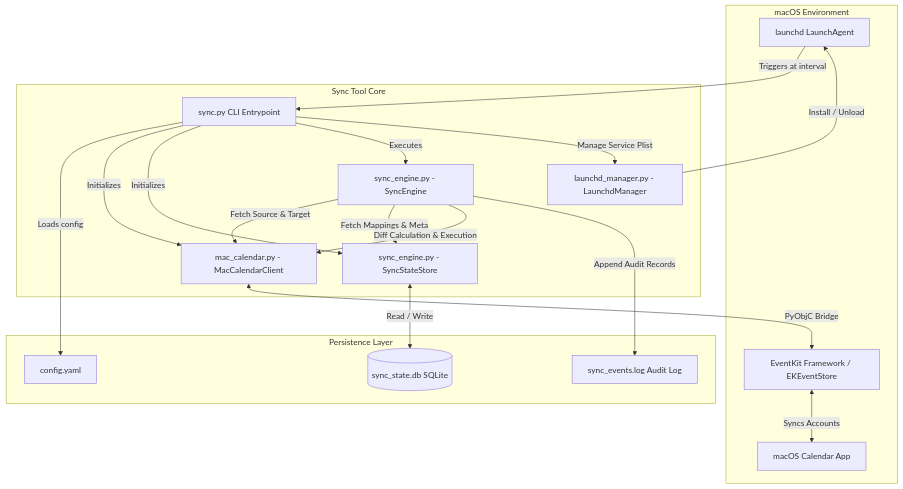
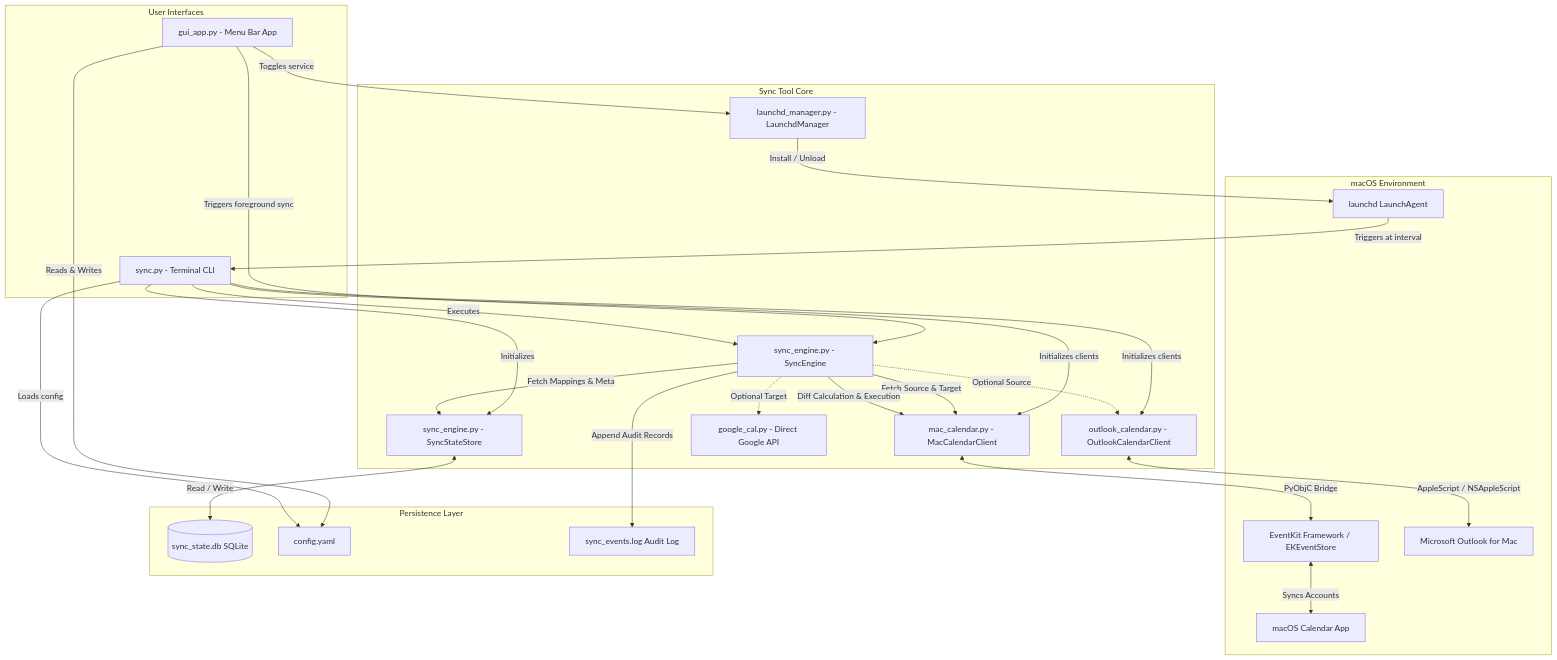
One commit to Way-Neh/CopyMyCalendar changed the diagram in ARCHITECTURE.md. Above: the diagram before and after it, drawn with Mermaid. The commit also changed other lines of this file and 25 other files, not shown here.

Commit message:
feat: release v2.0.0 with native macOS menu bar app, app icon, build pipeline, and Diátaxis documentation

````diff
--- a/ARCHITECTURE.md
+++ b/ARCHITECTURE.md
@@ -9,39 +9,52 @@
 ```mermaid
 graph TD
     subgraph macOS Environment
         EK[EventKit Framework / EKEventStore]
         CalApp[macOS Calendar App]
+        OutlookApp[Microsoft Outlook for Mac]
         LaunchD[launchd LaunchAgent]
     end
 
+    subgraph User Interfaces
+        GUI[gui_app.py - Menu Bar App]
+        CLI[sync.py - Terminal CLI]
+    end
+
     subgraph Sync Tool Core
-        CLI[sync.py CLI Entrypoint]
         MKC[mac_calendar.py - MacCalendarClient]
+        OLC[outlook_calendar.py - OutlookCalendarClient]
+        GC[google_cal.py - Direct Google API]
         SE[sync_engine.py - SyncEngine]
         SS[sync_engine.py - SyncStateStore]
         LM[launchd_manager.py - LaunchdManager]
     end
 
     subgraph Persistence Layer
         DB[(sync_state.db SQLite)]
         Config[config.yaml]
         Log[sync_events.log Audit Log]
     end
 
     LaunchD -->|Triggers at interval| CLI
+    GUI -->|Reads & Writes| Config
+    GUI -->|Triggers foreground sync| SE
+    GUI -->|Toggles service| LM
     CLI -->|Loads config| Config
-    CLI -->|Initializes| MKC
+    CLI -->|Initializes clients| MKC
+    CLI -->|Initializes clients| OLC
     CLI -->|Initializes| SS
     CLI -->|Executes| SE
 
     MKC <-->|PyObjC Bridge| EK
     EK <-->|Syncs Accounts| CalApp
+    OLC <-->|AppleScript / NSAppleScript| OutlookApp
 
     SE -->|Fetch Source & Target| MKC
+    SE -.->|Optional Source| OLC
+    SE -.->|Optional Target| GC
     SE -->|Fetch Mappings & Meta| SS
     SS <-->|Read / Write| DB
     SE -->|Diff Calculation & Execution| MKC
     SE -->|Append Audit Records| Log
-    CLI -->|Manage Service Plist| LM
     LM -->|Install / Unload| LaunchD
 ```
````
